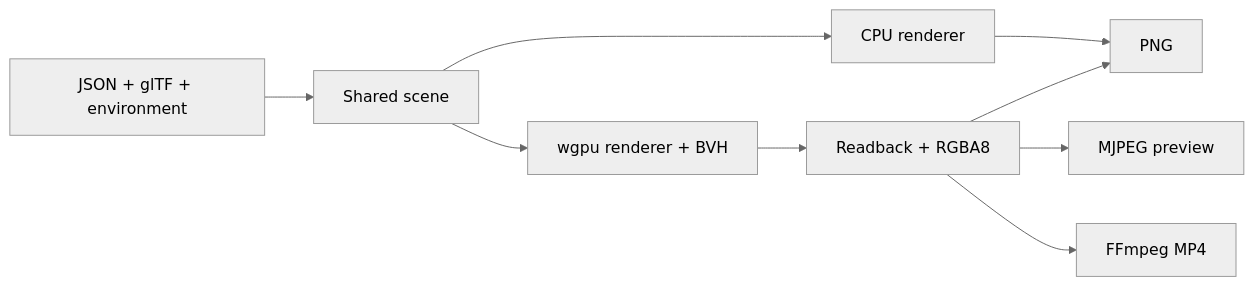
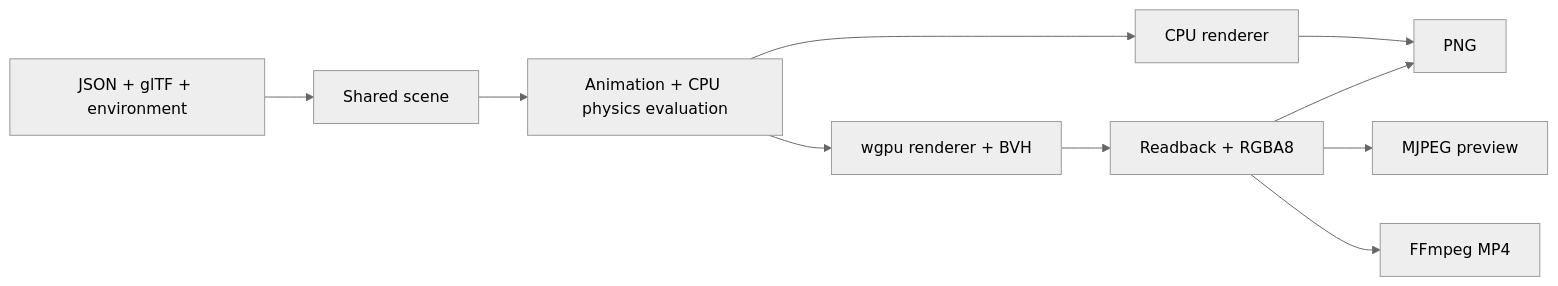
Before and after one commit to youngpark1516/toaster: the diagram in README.md, drawn with Mermaid (neutral theme). The commit also changed other lines of this file and 25 other files, not shown here.

Commit message:
feat: add renderer-neutral Rapier rigid-body physics

````diff
--- a/README.md
+++ b/README.md
@@ -26,11 +29,12 @@
 ```mermaid
 flowchart LR
     Inputs[JSON + glTF + environment] --> Scene[Shared scene]
-    Scene --> CPU[CPU renderer]
-    Scene --> GPU[wgpu renderer + BVH]
+    Scene --> Evaluation[Animation + CPU physics evaluation]
+    Evaluation --> CPU[CPU renderer]
+    Evaluation --> GPU[wgpu renderer + BVH]
     CPU --> PNG
     GPU --> Readback[Readback + RGBA8]
     Readback --> PNG
     Readback --> Preview[MJPEG preview]
     Readback --> FFmpeg[FFmpeg MP4]
 ```
````
